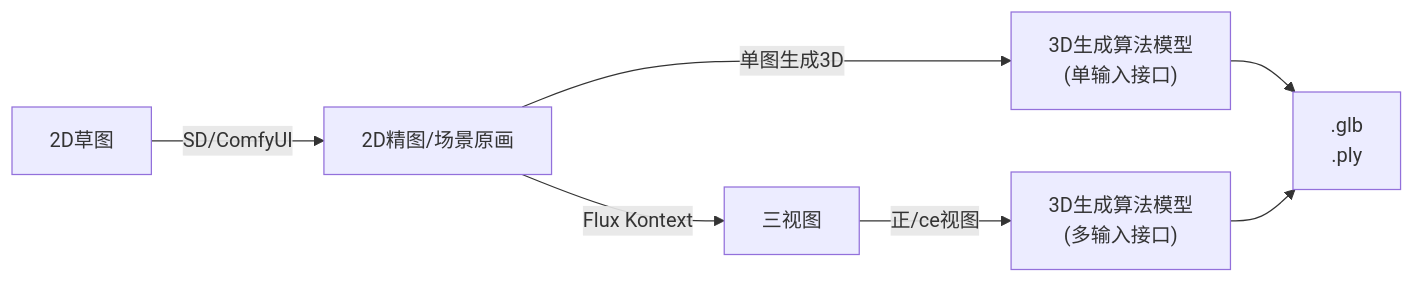
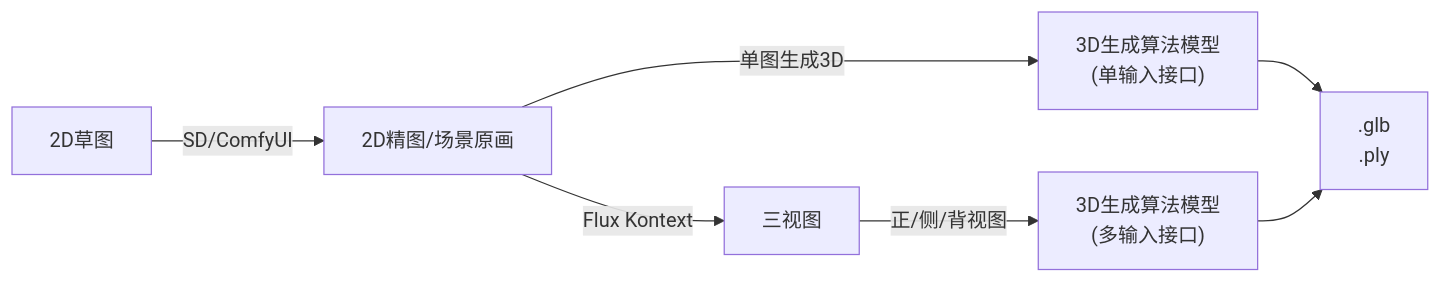
One commit to zade23/iodraw-files changed the diagram in all/未命名-7.md. Above: the diagram before and after it, drawn with Mermaid.

Commit message:
2025-07-17 20:03:08 update

````diff
--- a/all/未命名-7.md
+++ b/all/未命名-7.md
@@ -1,13 +1,13 @@
 ```mermaid
 graph LR
     A[2D草图] -->|SD/ComfyUI| B[2D精图/场景原画]
     
     B -->|单图生成3D| D["3D生成算法模型<br/>(单输入接口)"]
     D --> F[".glb<br/>.ply"]
     
     B -->|Flux Kontext| C[三视图]
     
-    C -->|正/ce视图| E["3D生成算法模型<br/>(多输入接口)"]
+    C -->|正/侧/背视图| E["3D生成算法模型<br/>(多输入接口)"]
 
     E --> F
 ```
````
